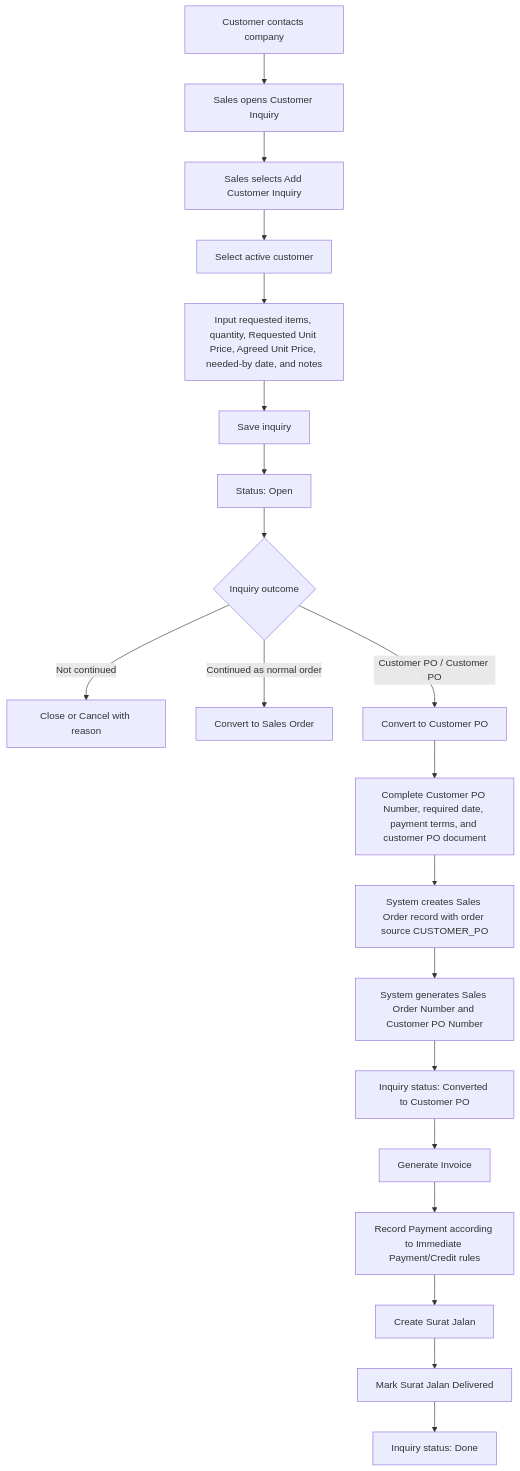
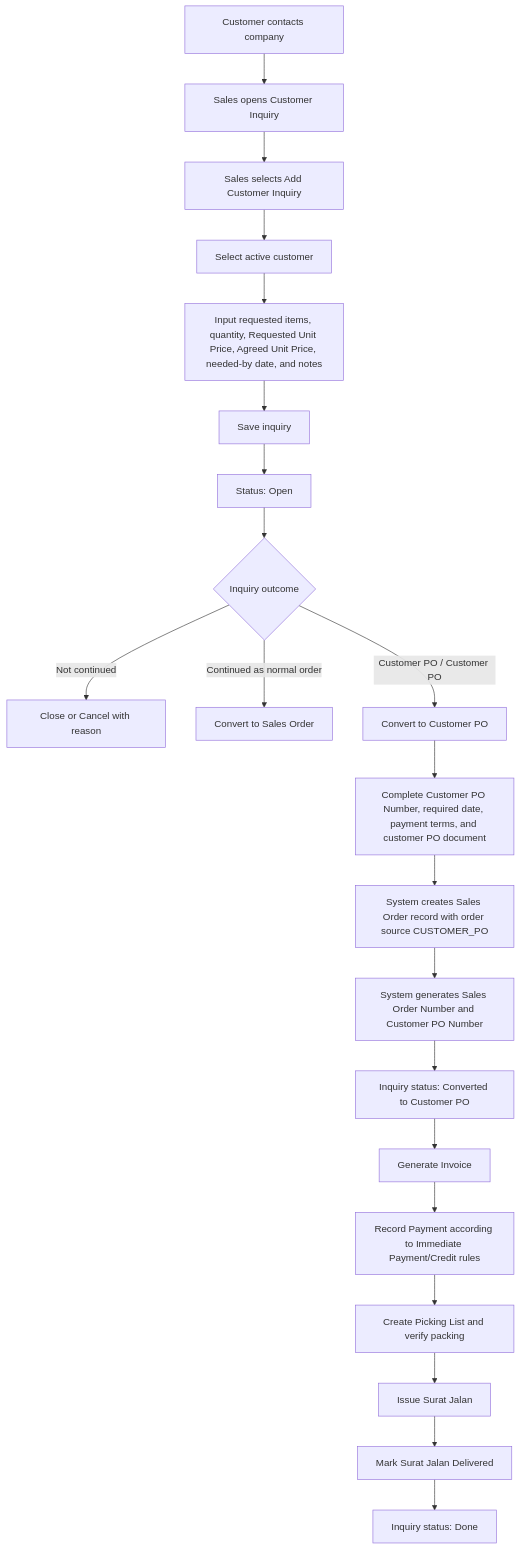
One commit to Nicholas8889/Pre-Thesis-Information-Systems changed the second of 2 diagrams in docs/USER_FLOWS.md. Above: the diagram before and after it, drawn with Mermaid. The commit also changed other lines of this file and 64 other files, not shown here.

````diff
--- a/docs/USER_FLOWS.md
+++ b/docs/USER_FLOWS.md
@@ -221,22 +214,23 @@
 ```mermaid
 flowchart TD
     A["Customer contacts company"] --> B["Sales opens Customer Inquiry"]
     B --> C["Sales selects Add Customer Inquiry"]
     C --> D["Select active customer"]
     D --> E["Input requested items, quantity, Requested Unit Price, Agreed Unit Price, needed-by date, and notes"]
     E --> F["Save inquiry"]
     F --> G["Status: Open"]
     G --> H{"Inquiry outcome"}
     H -->|"Not continued"| I["Close or Cancel with reason"]
     H -->|"Continued as normal order"| J["Convert to Sales Order"]
     H -->|"Customer PO / Customer PO"| K["Convert to Customer PO"]
     K --> L["Complete Customer PO Number, required date, payment terms, and customer PO document"]
     L --> M["System creates Sales Order record with order source CUSTOMER_PO"]
     M --> N["System generates Sales Order Number and Customer PO Number"]
     N --> O["Inquiry status: Converted to Customer PO"]
     O --> P["Generate Invoice"]
     P --> Q["Record Payment according to Immediate Payment/Credit rules"]
-    Q --> R["Create Surat Jalan"]
+    Q --> PICK["Create Picking List and verify packing"]
+    PICK --> R["Issue Surat Jalan"]
     R --> S["Mark Surat Jalan Delivered"]
     S --> T["Inquiry status: Done"]
 ```
````
